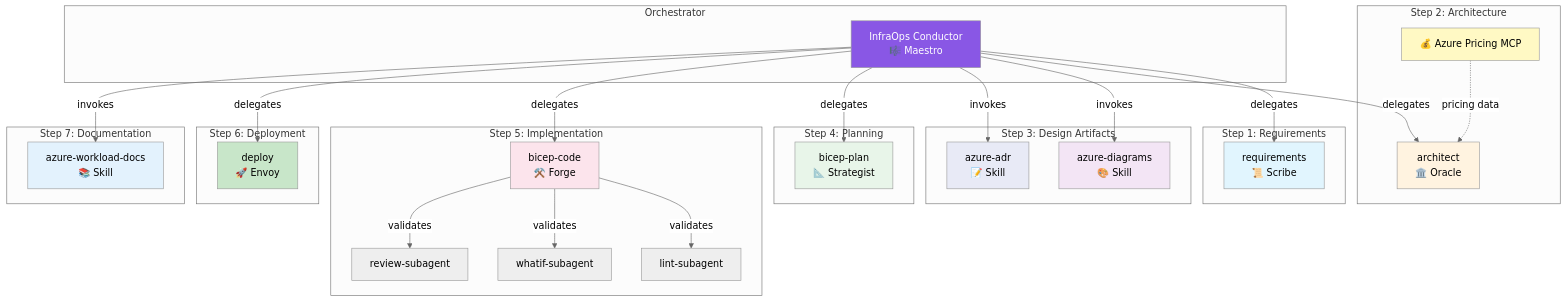
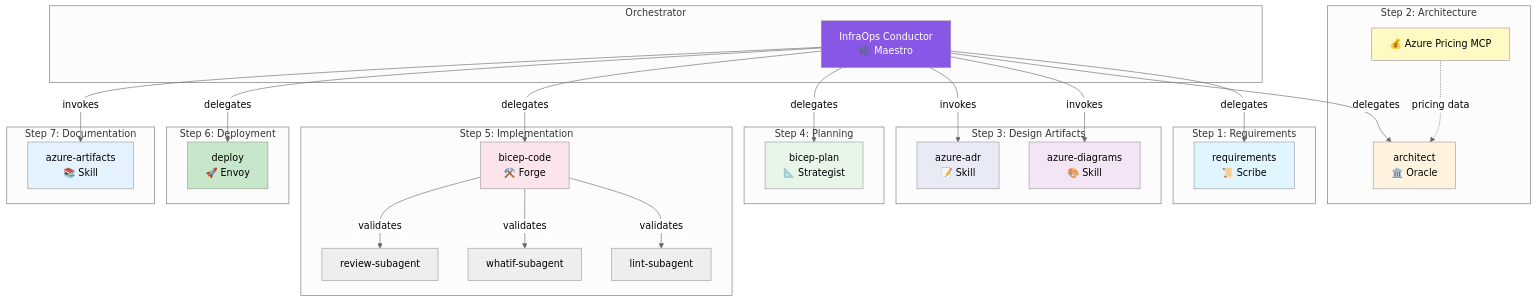
The diagram in docs/workflow.md (jonathan-vella/apex), drawn with Mermaid before and after one commit. The commit also changed other lines of this file and 72 other files, not shown here.

````diff
--- a/docs/workflow.md
+++ b/docs/workflow.md
@@ -17,65 +17,65 @@
 ```mermaid
 %%{init: {'theme':'neutral'}}%%
 graph TB
     subgraph "Orchestrator"
         COND["InfraOps Conductor<br/>🎼 Maestro"]
     end
 
     subgraph "Step 1: Requirements"
         REQ["requirements<br/>📜 Scribe"]
     end
 
     subgraph "Step 2: Architecture"
         ARCH["architect<br/>🏛️ Oracle"]
         MCP["💰 Azure Pricing MCP"]
     end
 
     subgraph "Step 3: Design Artifacts"
         DIAG["azure-diagrams<br/>🎨 Skill"]
         ADR["azure-adr<br/>📝 Skill"]
     end
 
     subgraph "Step 4: Planning"
         PLAN["bicep-plan<br/>📐 Strategist"]
     end
 
     subgraph "Step 5: Implementation"
         CODE["bicep-code<br/>⚒️ Forge"]
         LINT["lint-subagent"]
         WHATIF["whatif-subagent"]
         REVIEW["review-subagent"]
     end
 
     subgraph "Step 6: Deployment"
         DEP["deploy<br/>🚀 Envoy"]
     end
 
     subgraph "Step 7: Documentation"
-        DOCS["azure-workload-docs<br/>📚 Skill"]
+        DOCS["azure-artifacts<br/>📚 Skill"]
     end
 
     COND -->|"delegates"| REQ
     COND -->|"delegates"| ARCH
     COND -->|"invokes"| DIAG
     COND -->|"invokes"| ADR
     COND -->|"delegates"| PLAN
     COND -->|"delegates"| CODE
     CODE -->|"validates"| LINT
     CODE -->|"validates"| WHATIF
     CODE -->|"validates"| REVIEW
     COND -->|"delegates"| DEP
     COND -->|"invokes"| DOCS
 
     MCP -.->|"pricing data"| ARCH
 
     style COND fill:#8957E5,color:#fff
     style REQ fill:#e1f5fe
     style ARCH fill:#fff3e0
     style MCP fill:#fff9c4
     style DIAG fill:#f3e5f5
     style ADR fill:#e8eaf6
     style PLAN fill:#e8f5e9
     style CODE fill:#fce4ec
     style DEP fill:#c8e6c9
     style DOCS fill:#e3f2fd
 ```
````
